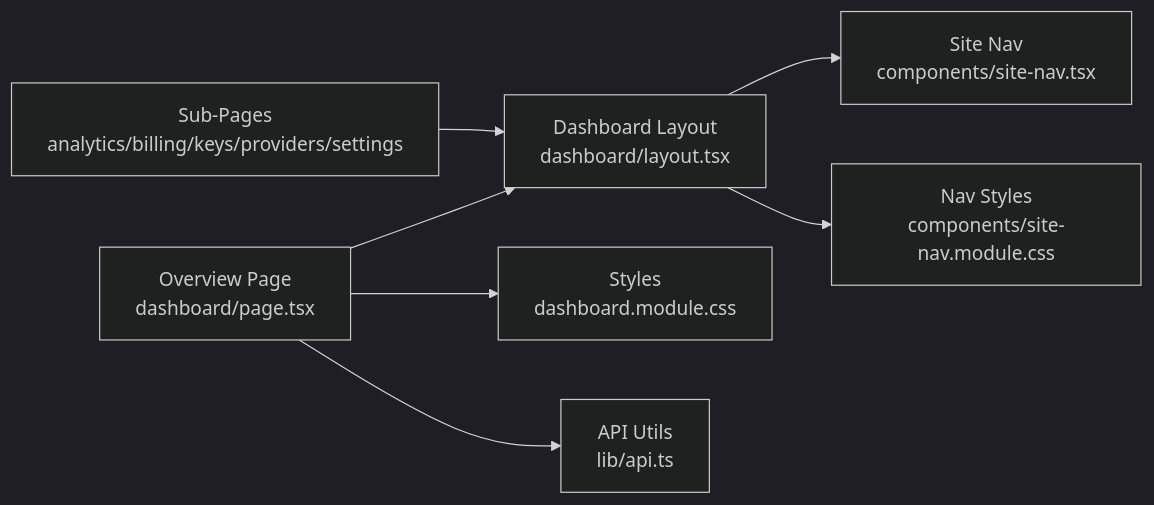
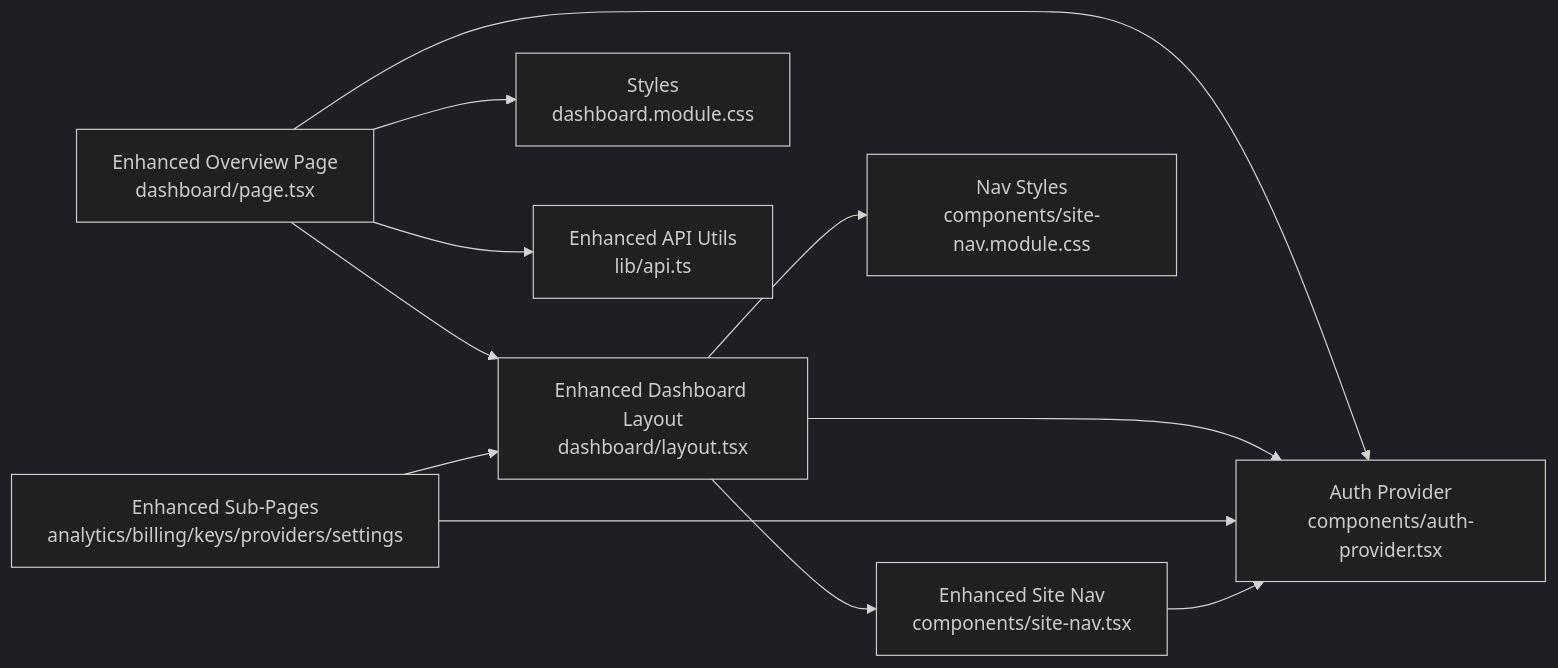
Before and after one commit to HassanAmeer/cheaprouter: the third of 3 diagrams in .qoder/repowiki/en/content/Dashboard Features/Dashboard Overview.md, drawn with Mermaid (dark theme). The commit also changed other lines of this file and 54 other files, not shown here.

````diff
--- a/.qoder/repowiki/en/content/Dashboard Features/Dashboard Overview.md
+++ b/.qoder/repowiki/en/content/Dashboard Features/Dashboard Overview.md
@@ -238,9 +446,13 @@
 ```mermaid
 graph LR
-Overview["Overview Page<br/>dashboard/page.tsx"] --> Layout["Dashboard Layout<br/>dashboard/layout.tsx"]
+Overview["Enhanced Overview Page<br/>dashboard/page.tsx"] --> Layout["Enhanced Dashboard Layout<br/>dashboard/layout.tsx"]
 Overview --> Styles["Styles<br/>dashboard.module.css"]
-Overview --> API["API Utils<br/>lib/api.ts"]
-Layout --> Nav["Site Nav<br/>components/site-nav.tsx"]
+Overview --> API["Enhanced API Utils<br/>lib/api.ts"]
+Overview --> AuthProvider["Auth Provider<br/>components/auth-provider.tsx"]
+Layout --> Nav["Enhanced Site Nav<br/>components/site-nav.tsx"]
 Layout --> NavStyles["Nav Styles<br/>components/site-nav.module.css"]
-SubPages["Sub-Pages<br/>analytics/billing/keys/providers/settings"] --> Layout
+Layout --> AuthProvider
+SubPages["Enhanced Sub-Pages<br/>analytics/billing/keys/providers/settings"] --> Layout
+SubPages --> AuthProvider
+Nav --> AuthProvider
 ```
````
